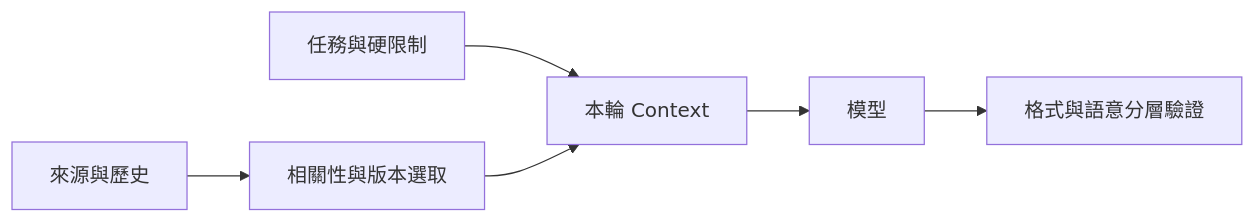
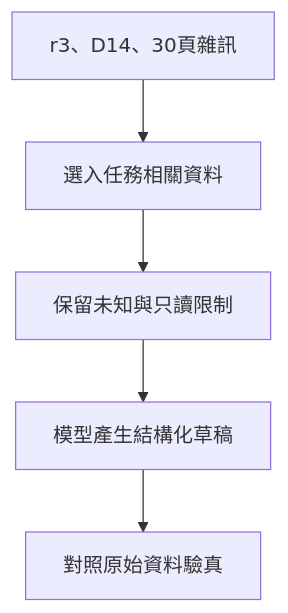
Before and after one commit to easyvibecoding/Agent-Engineering: the diagram in chapters/foundations/02-llm-and-context/lesson.md, drawn with Mermaid. The commit also changed other lines of this file and 139 other files, not shown here.

````diff
--- a/chapters/foundations/02-llm-and-context/lesson.md
+++ b/chapters/foundations/02-llm-and-context/lesson.md
@@ -37,8 +62,12 @@
 ```mermaid
-flowchart LR
-  D["來源與歷史"] --> R["相關性與版本選取"]
-  I["任務與硬限制"] --> C["本輪 Context"]
-  R --> C
-  C --> M["模型"]
-  M --> V["格式與語意分層驗證"]
+flowchart TD
+    A["r3、D14、30頁雜訊"]
+    B["選入任務相關資料"]
+    C["保留未知與只讀限制"]
+    D["模型產生結構化草稿"]
+    E["對照原始資料驗真"]
+    A --> B
+    B --> C
+    C --> D
+    D --> E
 ```
````
